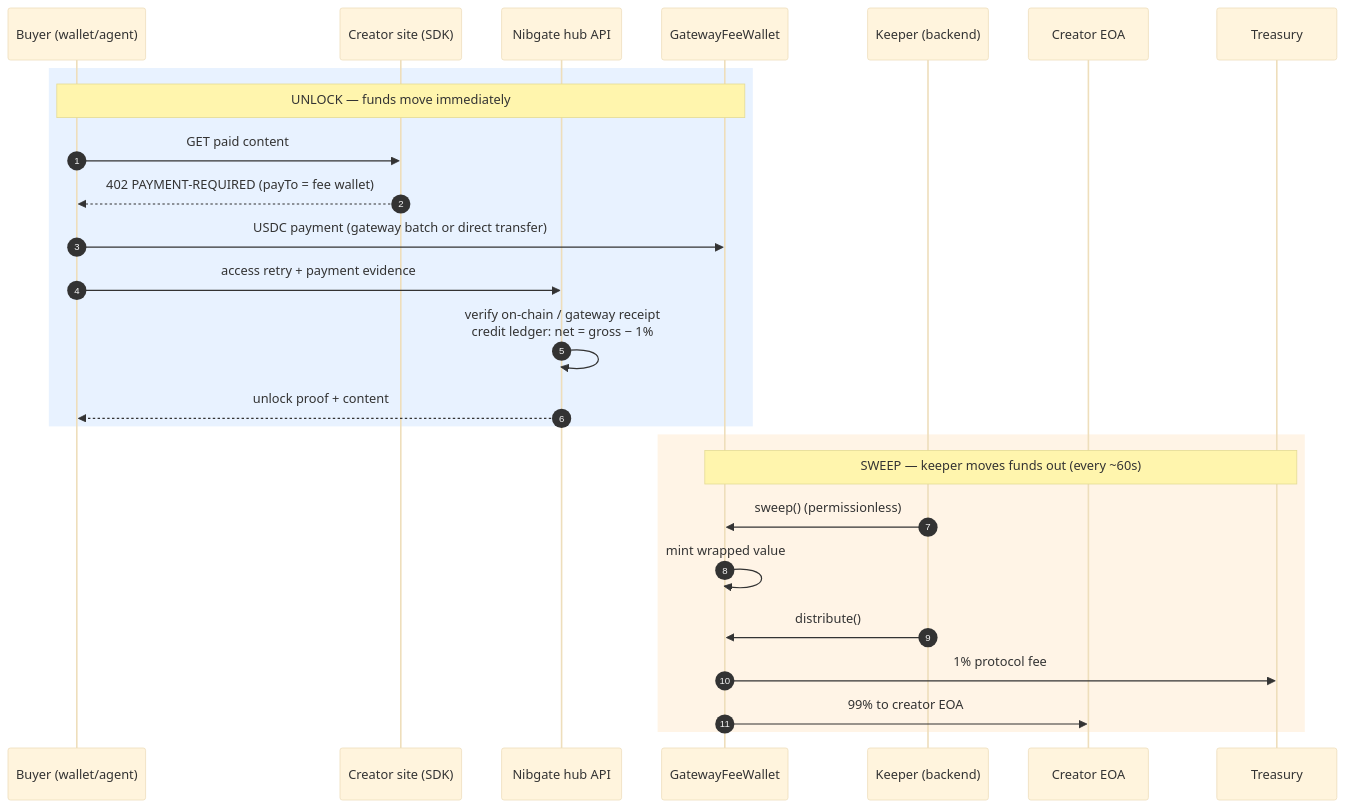
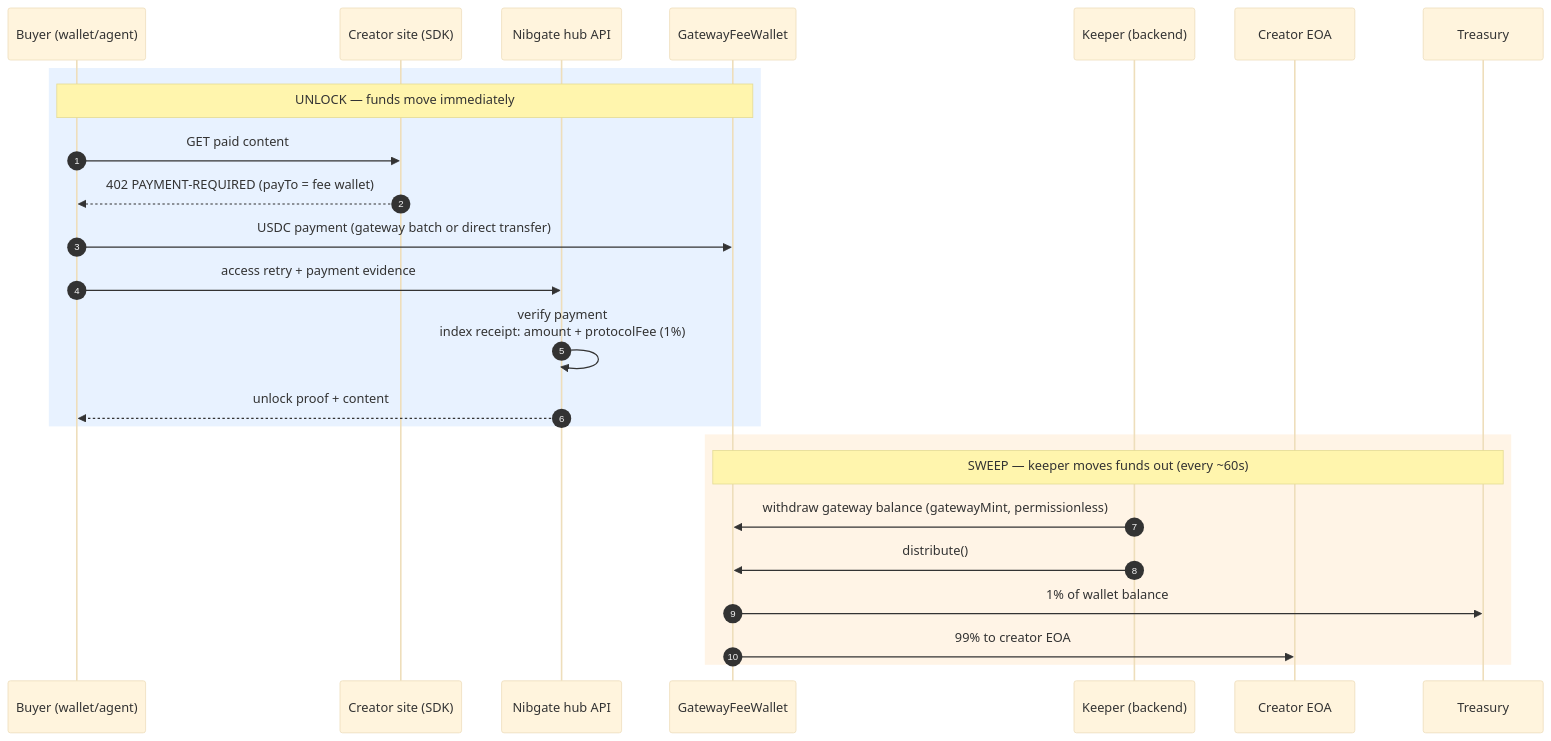
The second of 2 diagrams in docs/src/app/revenue-model/page.mdx (fortunesayspump/nibgate), drawn with Mermaid (base theme) before and after one commit. The commit also changed other lines of this file and 3 other files, not shown here.

````diff
--- a/docs/src/app/revenue-model/page.mdx
+++ b/docs/src/app/revenue-model/page.mdx
@@ -56,30 +56,29 @@
 ```mermaid
 sequenceDiagram
     autonumber
     participant Buyer as Buyer (wallet/agent)
     participant Site as Creator site (SDK)
     participant Hub as Nibgate hub API
     participant FW as GatewayFeeWallet
     participant K as Keeper (backend)
     participant C as Creator EOA
     participant T as Treasury
 
     rect rgb(232, 242, 255)
     Note over Buyer,FW: UNLOCK — funds move immediately
     Buyer->>Site: GET paid content
     Site-->>Buyer: 402 PAYMENT-REQUIRED (payTo = fee wallet)
     Buyer->>FW: USDC payment (gateway batch or direct transfer)
     Buyer->>Hub: access retry + payment evidence
-    Hub->>Hub: verify on-chain / gateway receipt<br/>credit ledger: net = gross − 1%
+    Hub->>Hub: verify payment<br/>index receipt: amount + protocolFee (1%)
     Hub-->>Buyer: unlock proof + content
     end
 
     rect rgb(255, 244, 230)
     Note over FW,T: SWEEP — keeper moves funds out (every ~60s)
-    K->>FW: sweep() (permissionless)
-    FW->>FW: mint wrapped value
+    K->>FW: withdraw gateway balance (gatewayMint, permissionless)
     K->>FW: distribute()
-    FW->>T: 1% protocol fee
+    FW->>T: 1% of wallet balance
     FW->>C: 99% to creator EOA
     end
 ```
````
